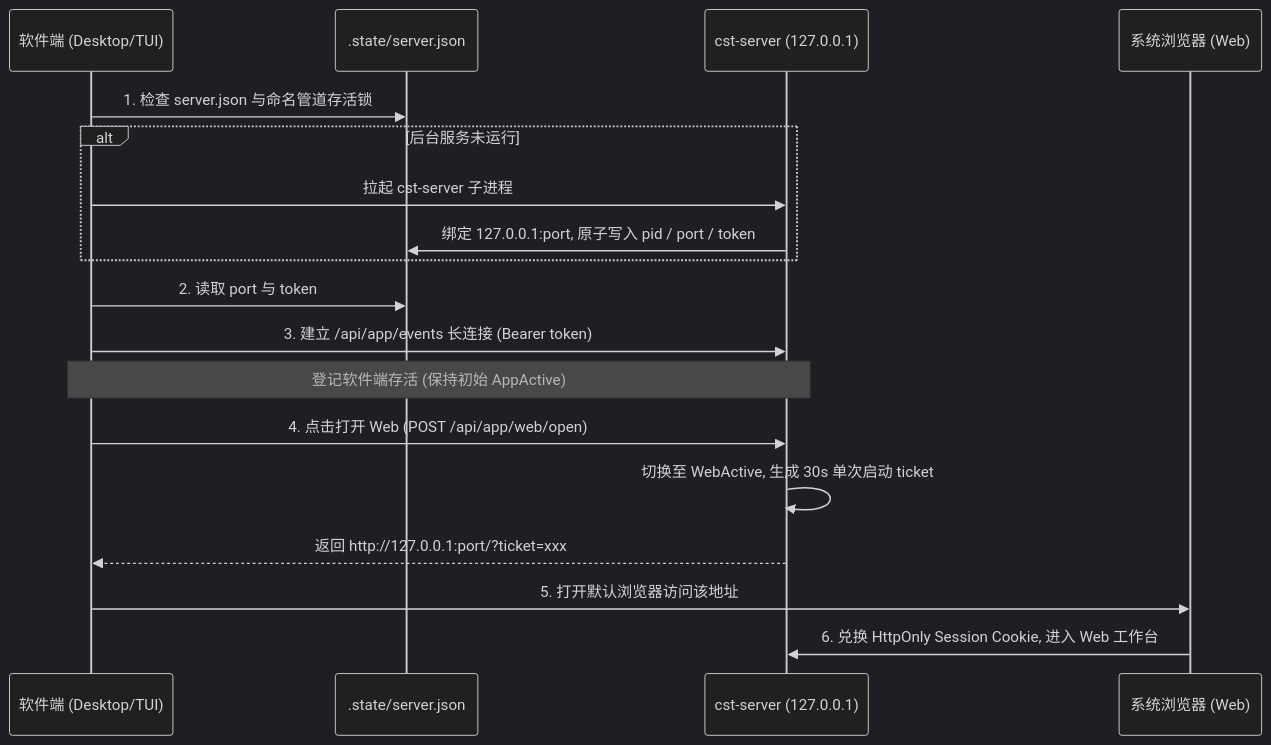
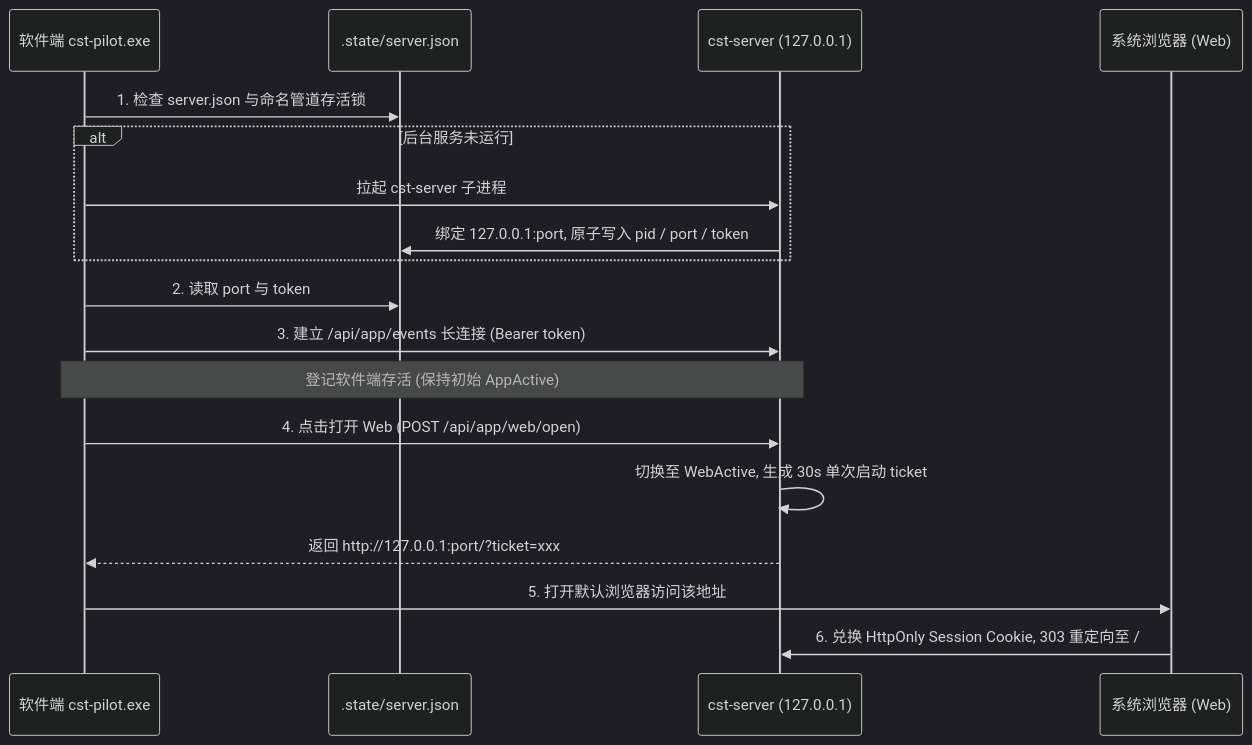
One commit to SCAU-Computer-Serving-Team/cst-pilot changed the fourth of 4 diagrams in doc/rust/plan/7.server.md. Above: the diagram before and after it, drawn with Mermaid (dark theme). The commit also changed other lines of this file and 46 other files, not shown here.

````diff
--- a/doc/rust/plan/7.server.md
+++ b/doc/rust/plan/7.server.md
@@ -160,22 +157,22 @@
 ```mermaid
 sequenceDiagram
-    participant App as 软件端 (Desktop/TUI)
+    participant App as 软件端 cst-pilot.exe
     participant FS as .state/server.json
     participant Server as cst-server (127.0.0.1)
     participant Browser as 系统浏览器 (Web)
 
     App->>FS: 1. 检查 server.json 与命名管道存活锁
     alt 后台服务未运行
         App->>Server: 拉起 cst-server 子进程
         Server->>FS: 绑定 127.0.0.1:port, 原子写入 pid / port / token
     end
     App->>FS: 2. 读取 port 与 token
     App->>Server: 3. 建立 /api/app/events 长连接 (Bearer token)
     Note over App,Server: 登记软件端存活 (保持初始 AppActive)
 
     App->>Server: 4. 点击打开 Web (POST /api/app/web/open)
     Server->>Server: 切换至 WebActive, 生成 30s 单次启动 ticket
     Server-->>App: 返回 http://127.0.0.1:port/?ticket=xxx
     App->>Browser: 5. 打开默认浏览器访问该地址
-    Browser->>Server: 6. 兑换 HttpOnly Session Cookie, 进入 Web 工作台
+    Browser->>Server: 6. 兑换 HttpOnly Session Cookie, 303 重定向至 /
 ```
````
